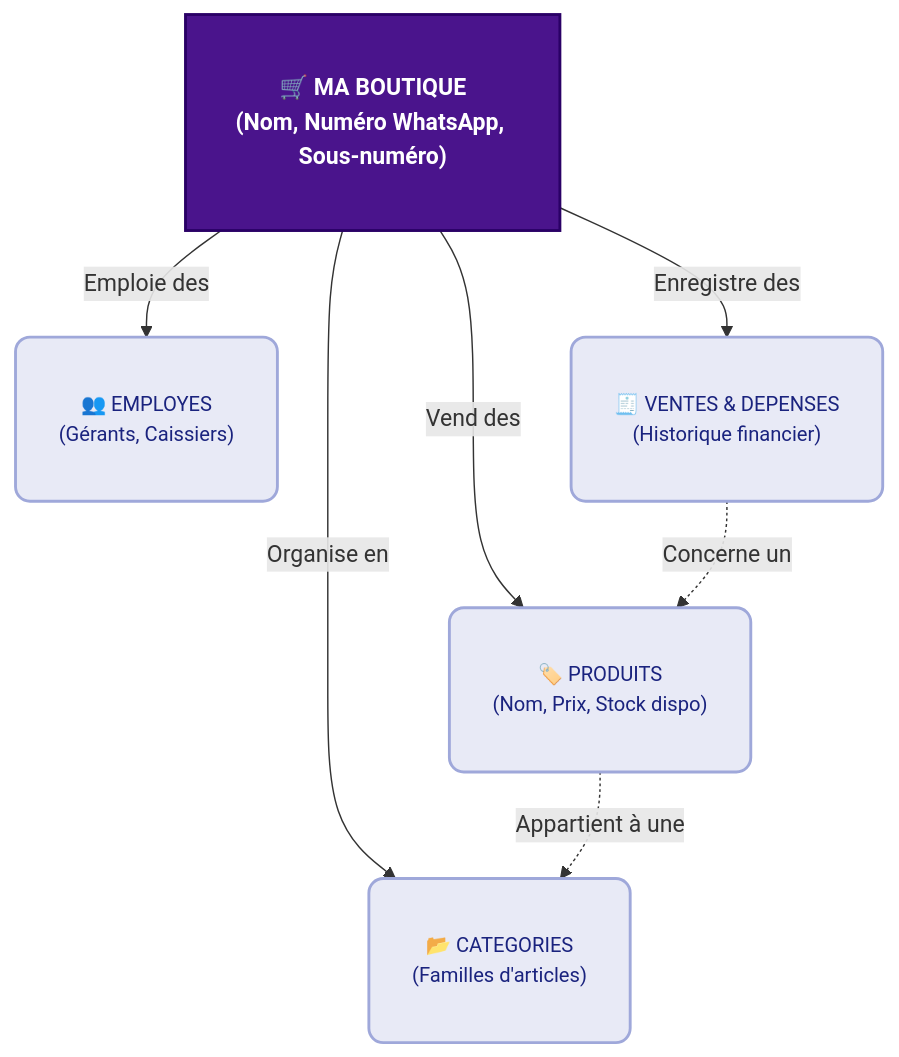
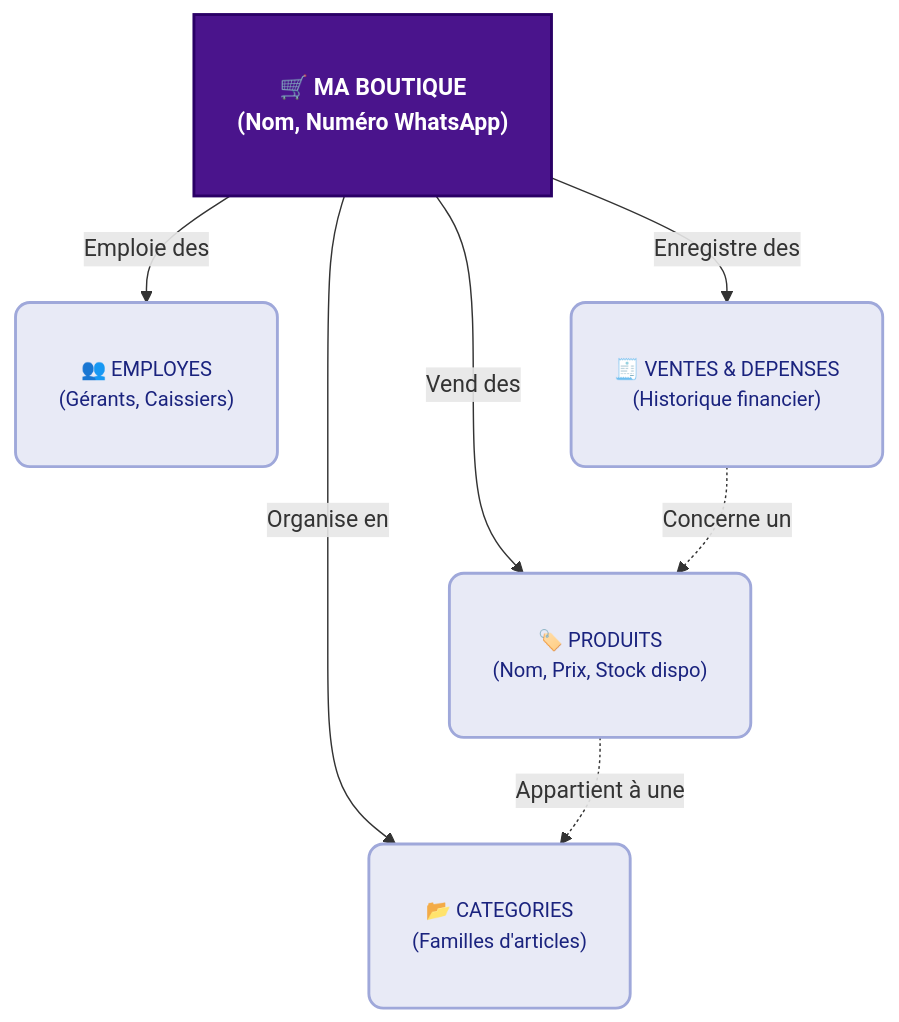
The diagram in docs/schema_simplifie.md (EragonRD/arem-shop), drawn with Mermaid before and after one commit. The commit also changed 9 other files, not shown here.

````diff
--- a/docs/schema_simplifie.md
+++ b/docs/schema_simplifie.md
@@ -1,26 +1,26 @@
 ```mermaid
 flowchart TD
     %% Styling pour l'affichage non technique
     classDef shop fill:#4a148c,stroke:#2a0066,stroke-width:2px,color:#fff,font-weight:bold,font-size:16px,padding:15px;
     classDef section fill:#e8eaf6,stroke:#9fa8da,stroke-width:2px,rx:10px,ry:10px,color:#1a237e,font-size:14px,padding:10px;
     classDef relation fill:none,stroke:none,color:#4a148c,font-style:italic;
 
     %% Nœud central
-    Shop["🛒 MA BOUTIQUE\n(Nom, Numéro WhatsApp, Sous-numéro)"]:::shop
+    Shop["🛒 MA BOUTIQUE\n(Nom, Numéro WhatsApp)"]:::shop
 
     %% Éléments appartenant à la boutique
     Employes["👥 EMPLOYES\n(Gérants, Caissiers)"]:::section
     Produits["🏷️ PRODUITS\n(Nom, Prix, Stock dispo)"]:::section
     Ventes["🧾 VENTES & DEPENSES\n(Historique financier)"]:::section
     Categories["📂 CATEGORIES\n(Familles d'articles)"]:::section
 
     %% Relations simples et descriptives
     Shop -->|"Emploie des"| Employes
     Shop -->|"Vend des"| Produits
     Shop -->|"Enregistre des"| Ventes
     Shop -->|"Organise en"| Categories
 
     %% Interactions internes optionnelles
     Produits -.->|"Appartient à une"| Categories
     Ventes -.->|"Concerne un"| Produits
 ```
````
